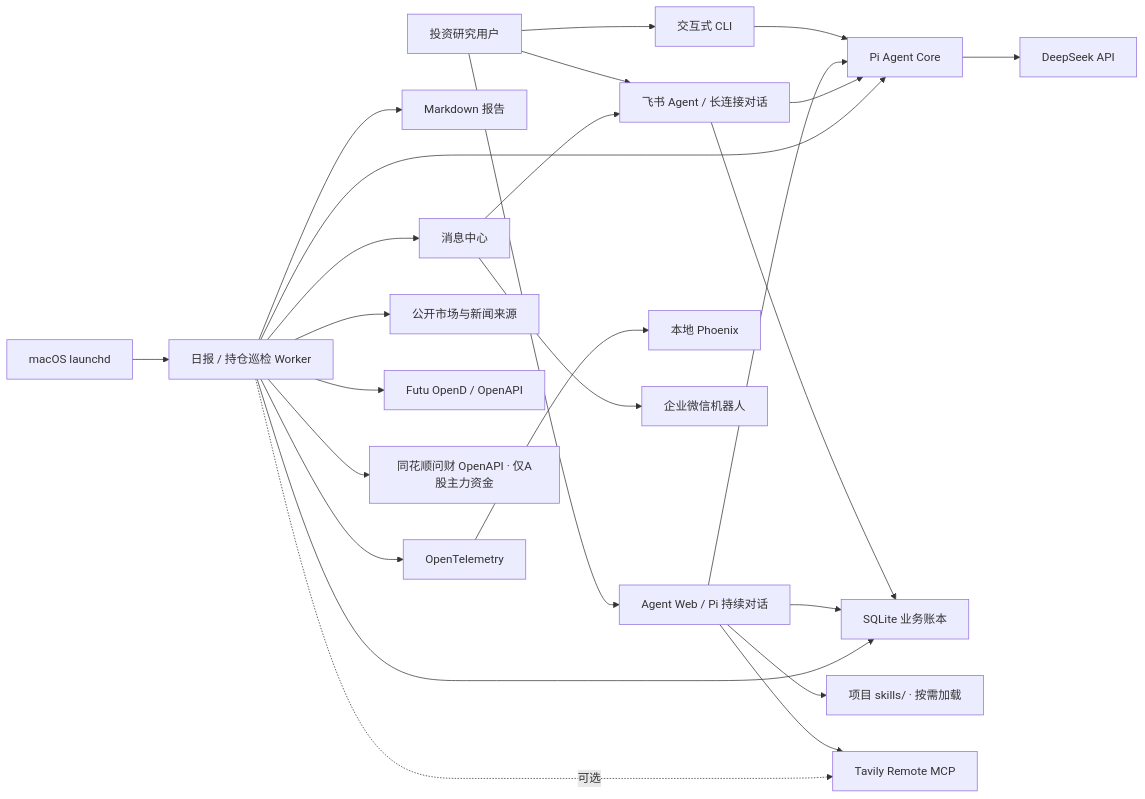
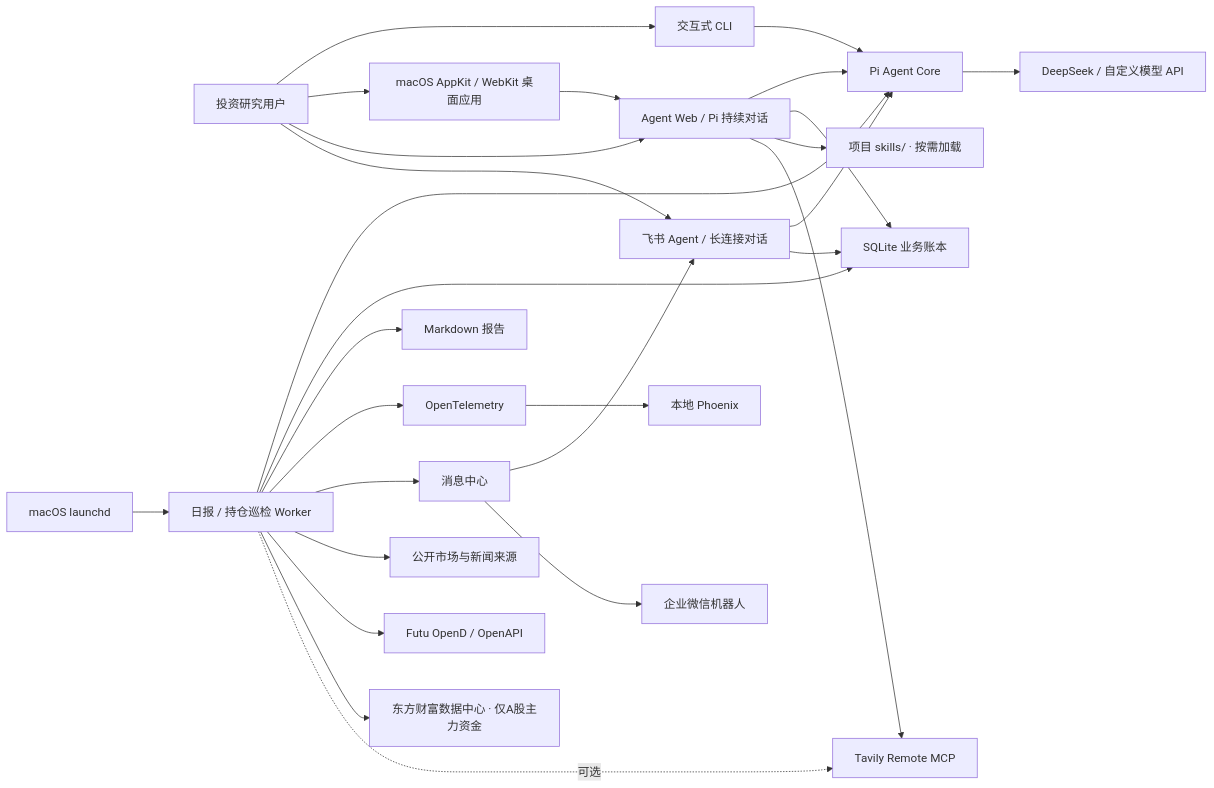
Before and after one commit to fishisnow/livermore: the second of 6 diagrams in docs/ARCHITECTURE.md, drawn with Mermaid. The commit also changed other lines of this file and 75 other files, not shown here.

````diff
--- a/docs/ARCHITECTURE.md
+++ b/docs/ARCHITECTURE.md
@@ -16,27 +33,29 @@
 ```mermaid
 flowchart LR
     User["投资研究用户"] --> CLI["交互式 CLI"]
+    User --> Desktop["macOS AppKit / WebKit 桌面应用"]
+    Desktop --> Web
     User --> Web["Agent Web / Pi 持续对话"]
     User --> FeishuAgent["飞书 Agent / 长连接对话"]
     Launchd["macOS launchd"] --> Worker["日报 / 持仓巡检 Worker"]
     CLI --> Agent["Pi Agent Core"]
     Web --> Agent
     FeishuAgent --> Agent
     FeishuAgent --> DB
     Web --> DB["SQLite 业务账本"]
     Web --> Skills["项目 skills/ · 按需加载"]
     Web --> Tavily
     Worker --> Agent
     Worker --> DB
     Worker --> Reports["Markdown 报告"]
     Worker --> OTel["OpenTelemetry"]
     OTel --> Phoenix["本地 Phoenix"]
     Worker --> Message["消息中心"]
     Message --> FeishuAgent
     Message --> WeCom["企业微信机器人"]
-    Agent --> DeepSeek["DeepSeek API"]
+    Agent --> DeepSeek["DeepSeek / 自定义模型 API"]
     Worker --> Sources["公开市场与新闻来源"]
     Worker --> Futu["Futu OpenD / OpenAPI"]
-    Worker --> Iwencai["同花顺问财 OpenAPI · 仅A股主力资金"]
+    Worker --> Eastmoney["东方财富数据中心 · 仅A股主力资金"]
     Worker -. 可选 .-> Tavily["Tavily Remote MCP"]
 ```
````
